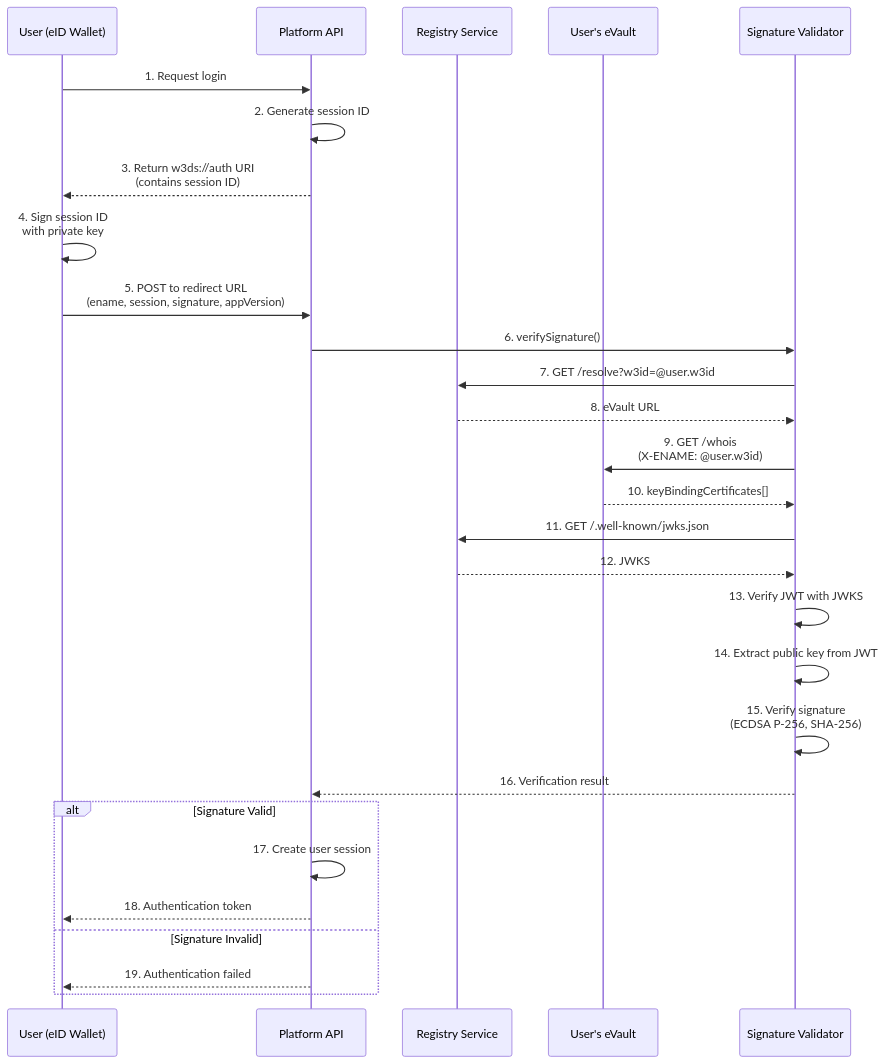
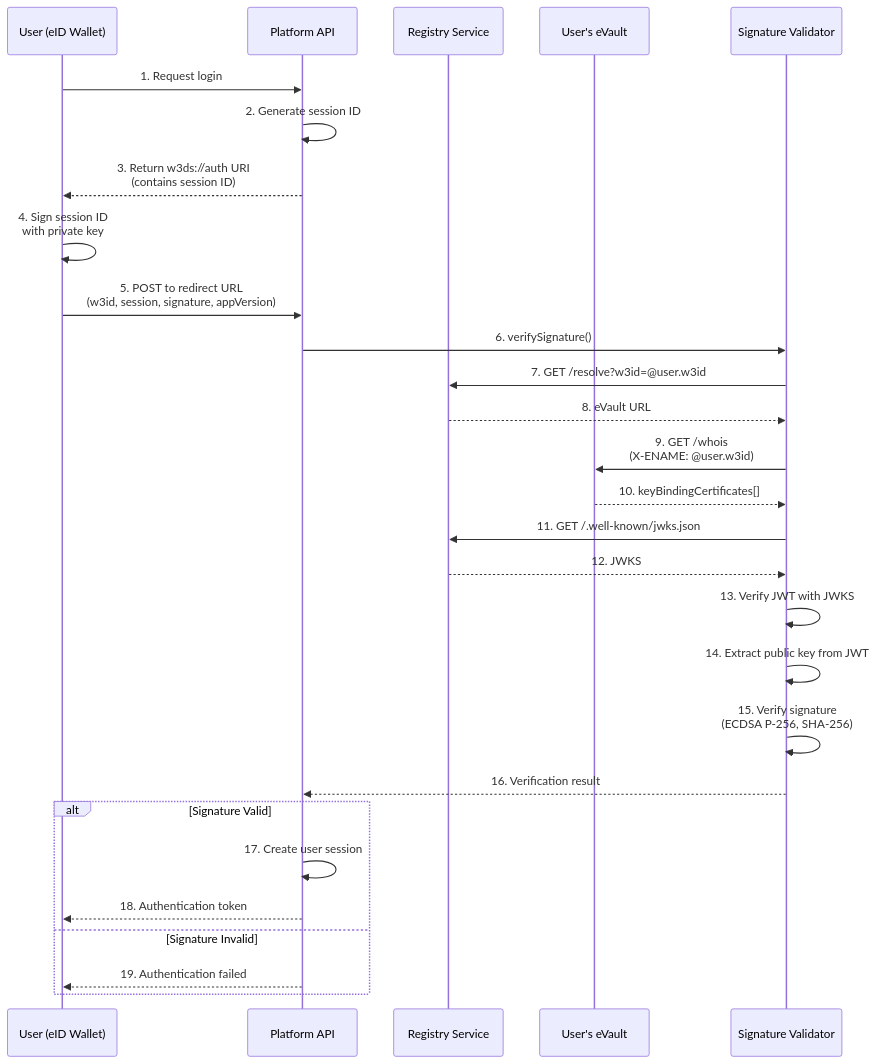
Before and after one commit to MetaState-Prototype-Project/prototype: the diagram in docs/docs/W3DS Protocol/Authentication.md, drawn with Mermaid. The commit also changed other lines of this file and 3 other files, not shown here.

````diff
--- a/docs/docs/W3DS Protocol/Authentication.md
+++ b/docs/docs/W3DS Protocol/Authentication.md
@@ -22,31 +22,31 @@
 ```mermaid
 sequenceDiagram
     participant User as User (eID Wallet)
     participant Platform as Platform API
     participant Registry as Registry Service
     participant EVault as User's eVault
     participant Validator as Signature Validator
 
     User->>Platform: 1. Request login
     Platform->>Platform: 2. Generate session ID
     Platform-->>User: 3. Return w3ds://auth URI<br/>(contains session ID)
     User->>User: 4. Sign session ID<br/>with private key
-    User->>Platform: 5. POST to redirect URL<br/>(ename, session, signature, appVersion)
+    User->>Platform: 5. POST to redirect URL<br/>(w3id, session, signature, appVersion)
     Platform->>Validator: 6. verifySignature()
     Validator->>Registry: 7. GET /resolve?w3id=@user.w3id
     Registry-->>Validator: 8. eVault URL
     Validator->>EVault: 9. GET /whois<br/>(X-ENAME: @user.w3id)
     EVault-->>Validator: 10. keyBindingCertificates[]
     Validator->>Registry: 11. GET /.well-known/jwks.json
     Registry-->>Validator: 12. JWKS
     Validator->>Validator: 13. Verify JWT with JWKS
     Validator->>Validator: 14. Extract public key from JWT
     Validator->>Validator: 15. Verify signature<br/>(ECDSA P-256, SHA-256)
     Validator-->>Platform: 16. Verification result
     alt Signature Valid
         Platform->>Platform: 17. Create user session
         Platform-->>User: 18. Authentication token
     else Signature Invalid
         Platform-->>User: 19. Authentication failed
     end
 ```
````
